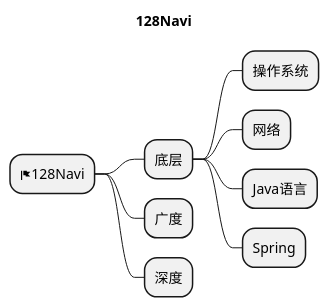
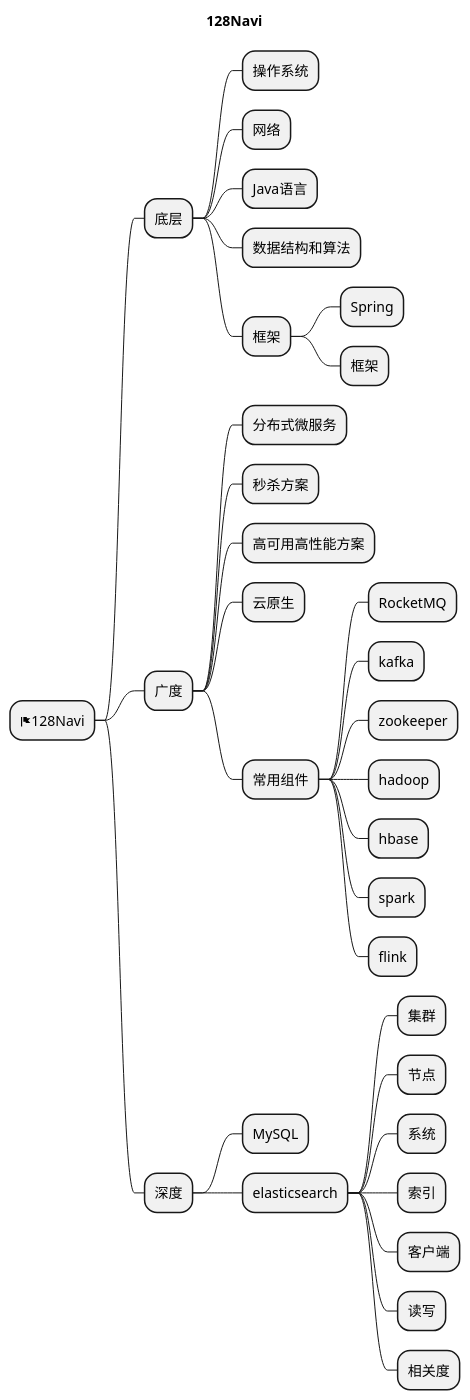
One commit to ninespx/JavaNavi changed the diagram in doc/javanavi.puml. Above: the diagram before and after it, drawn with PlantUML.

```diff
--- a/doc/javanavi.puml
+++ b/doc/javanavi.puml
@@ -1,16 +1,40 @@
 @startmindmap
 'https://plantuml.com/mindmap-diagram
 
 title 128Navi
 
 * <&flag>128Navi
 ** 底层
 *** 操作系统
 *** 网络
 *** Java语言
-*** Spring
+*** 数据结构和算法
+*** 框架
+**** Spring
+**** 框架
 ** 广度
+*** 分布式微服务
+*** 秒杀方案
+*** 高可用高性能方案
+*** 云原生
+*** 常用组件
+**** RocketMQ
+**** kafka
+**** zookeeper
+**** hadoop
+**** hbase
+**** spark
+**** flink
 ** 深度
+*** MySQL
+*** elasticsearch
+**** 集群
+**** 节点
+**** 系统
+**** 索引
+**** 客户端
+**** 读写
+**** 相关度
 
 
 @endmindmap
```
